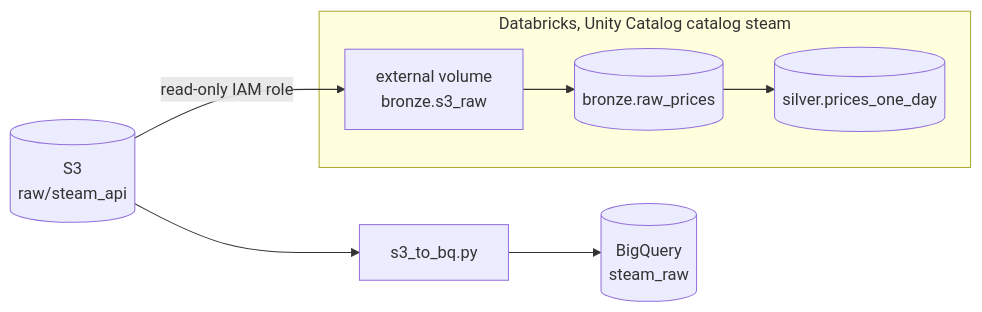
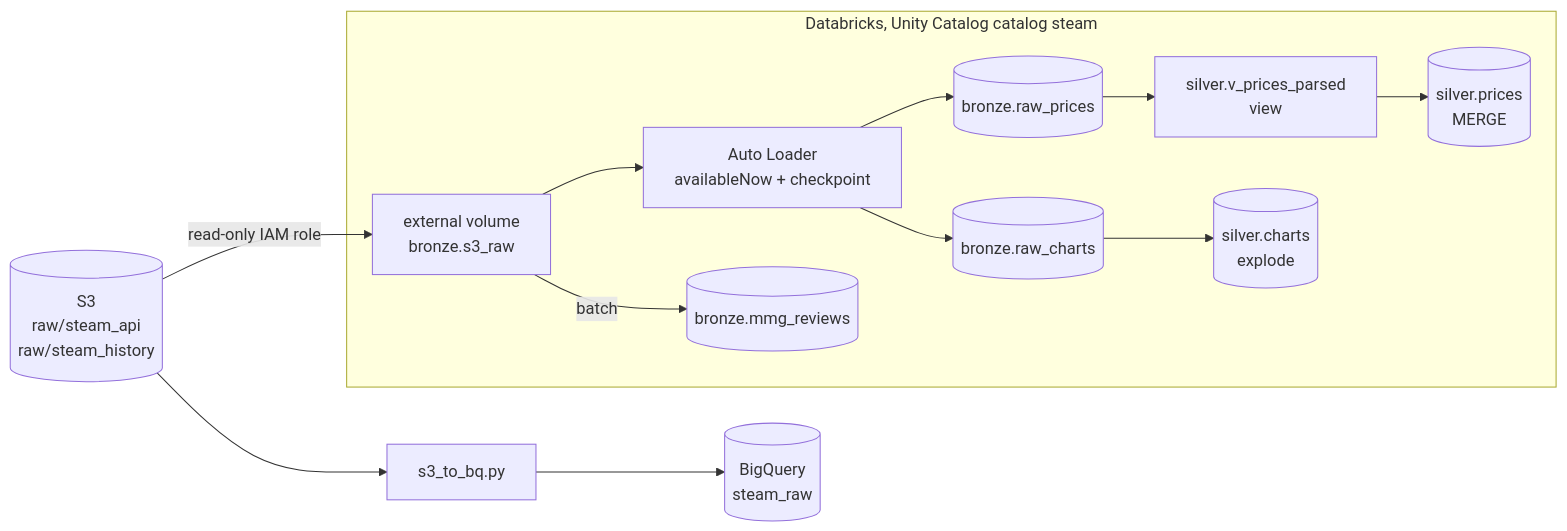
One commit to Feasao/steam-pipeline changed the second of 2 diagrams in Readme.md. Above: the diagram before and after it, drawn with Mermaid. The commit also changed other lines of this file, not shown here.

````diff
--- a/Readme.md
+++ b/Readme.md
@@ -381,12 +396,20 @@
 ```mermaid
 flowchart LR
-    E[(S3<br/>raw/steam_api)]
+    E[(S3<br/>raw/steam_api<br/>raw/steam_history)]
     subgraph DB["Databricks, Unity Catalog catalog steam"]
         V[external volume<br/>bronze.s3_raw]
-        B[(bronze.raw_prices)]
-        S[(silver.prices_one_day)]
-        V --> B --> S
+        AL[Auto Loader<br/>availableNow + checkpoint]
+        BP[(bronze.raw_prices)]
+        BC[(bronze.raw_charts)]
+        BR[(bronze.mmg_reviews)]
+        PV[silver.v_prices_parsed<br/>view]
+        SP[(silver.prices<br/>MERGE)]
+        SC[(silver.charts<br/>explode)]
+        V --> AL
+        AL --> BP --> PV --> SP
+        AL --> BC --> SC
+        V -->|batch| BR
     end
     E -->|read-only IAM role| V
     E --> F[s3_to_bq.py] --> G[(BigQuery<br/>steam_raw)]
 ```
````
